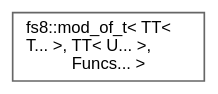
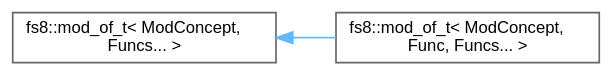
The diagram in api/inherit_graph_77.dot (the-moisrex/foresight), drawn with Graphviz before and after one commit. The commit also changed 187 other files, not shown here.

```diff
--- a/api/inherit_graph_77.dot
+++ b/api/inherit_graph_77.dot
@@ -1,9 +1,11 @@
 digraph "Graphical Class Hierarchy"
 {
  // LATEX_PDF_SIZE
   bgcolor="transparent";
   edge [fontname=Helvetica,fontsize=10,labelfontname=Helvetica,labelfontsize=10];
   node [fontname=Helvetica,fontsize=10,shape=box,height=0.2,width=0.4];
   rankdir="LR";
-  Node0 [id="Node000000",label="fs8::mod_of_t\< TT\<\l T... \>, TT\< U... \>,\l Funcs... \>",height=0.2,width=0.4,color="grey40", fillcolor="white", style="filled",URL="$structfs8_1_1mod__of__t_3_01TT_3_01T_8_8_8_01_4_00_01TT_3_01U_8_8_8_01_4_00_01Funcs_8_8_8_01_4.html",tooltip="For uinput_picker<N>"];
+  Node0 [id="Node000000",label="fs8::mod_of_t\< ModConcept,\l Funcs... \>",height=0.2,width=0.4,color="grey40", fillcolor="white", style="filled",URL="$structfs8_1_1mod__of__t.html",tooltip=" "];
+  Node0 -> Node1 [id="edge125_Node000000_Node000001",dir="back",color="steelblue1",style="solid",tooltip=" "];
+  Node1 [id="Node000001",label="fs8::mod_of_t\< ModConcept,\l Func, Funcs... \>",height=0.2,width=0.4,color="grey40", fillcolor="white", style="filled",URL="$structfs8_1_1mod__of__t_3_01ModConcept_00_01Func_00_01Funcs_8_8_8_01_4.html",tooltip=" "];
 }
```
